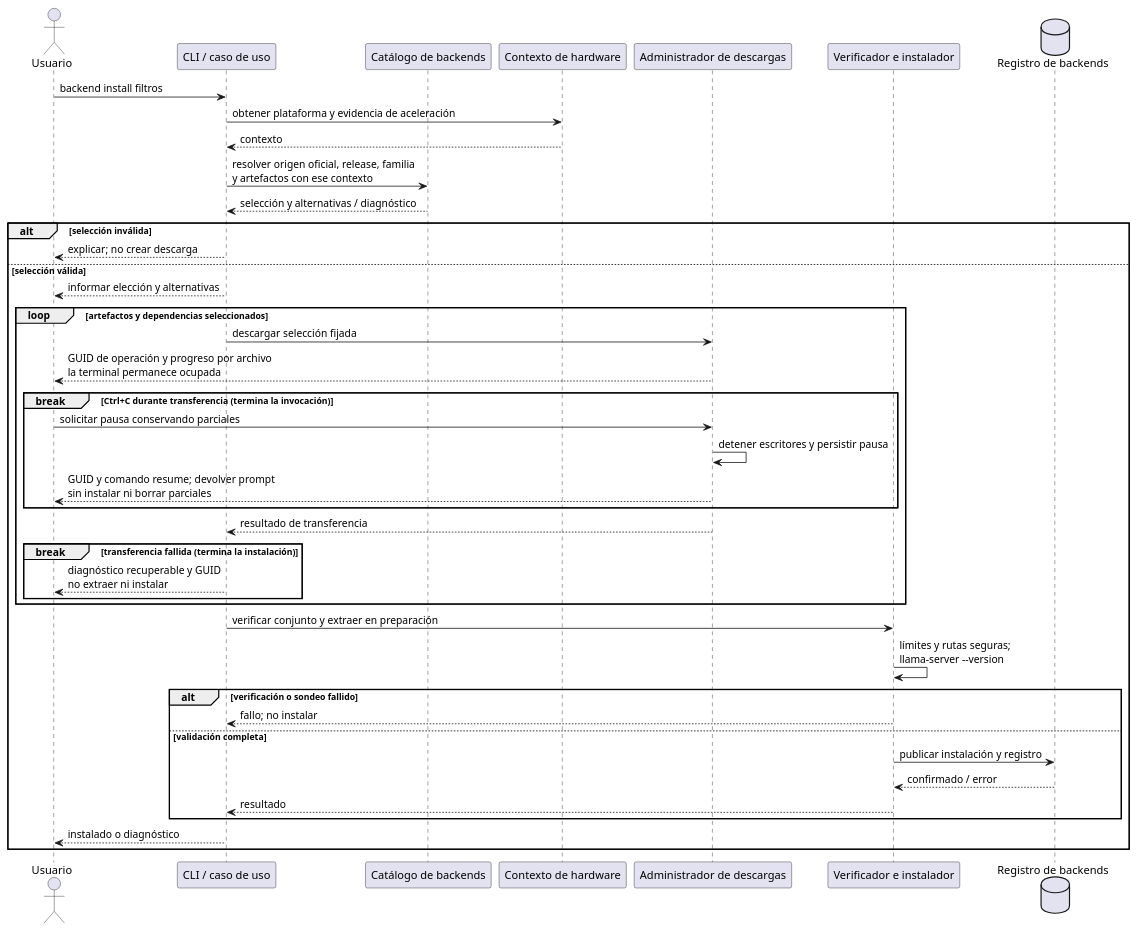
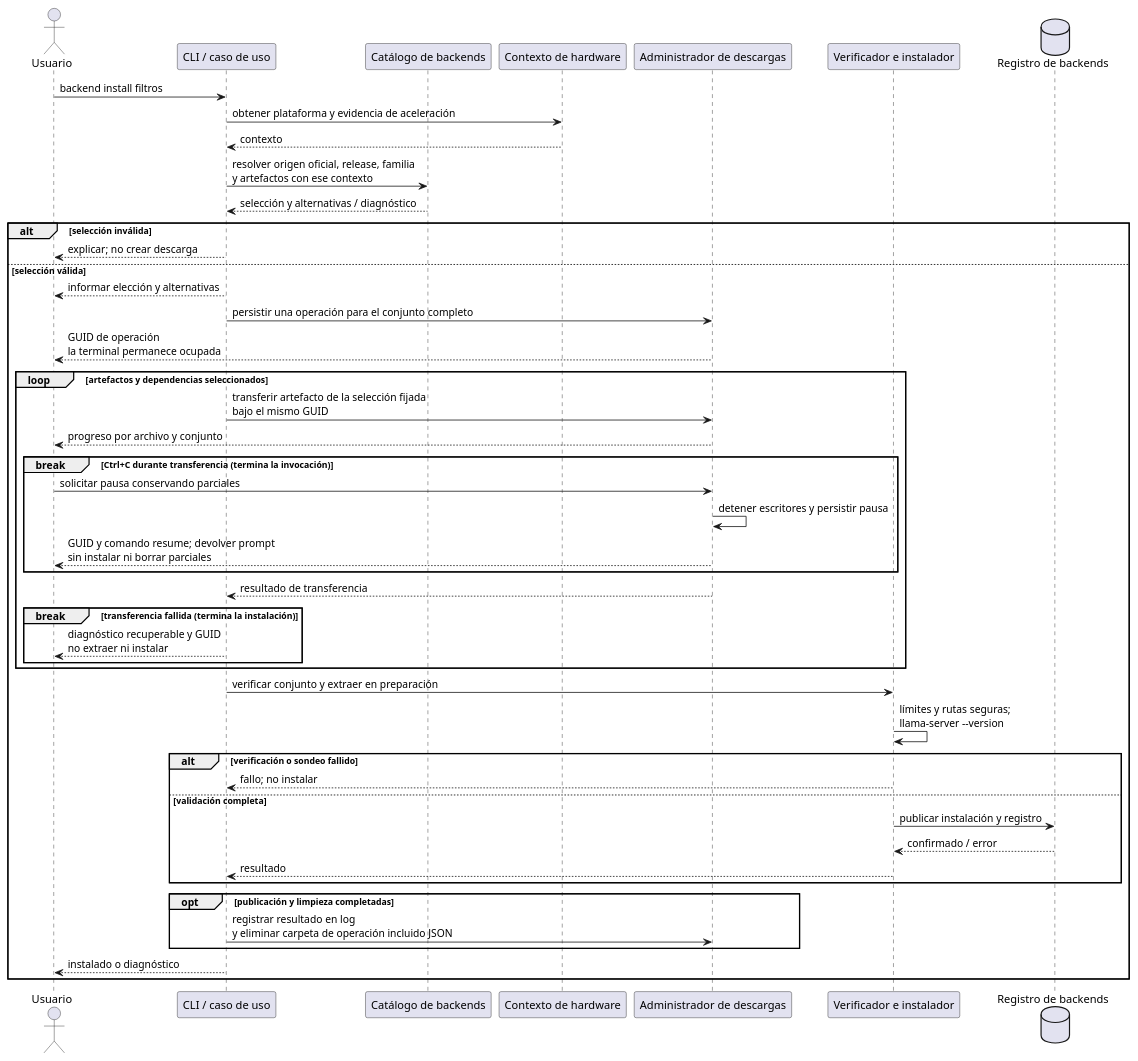
Before and after one commit to mstranich/coquena: the fifth of 7 diagrams in docs/secuencias.md, drawn with PlantUML. The commit also changed other lines of this file and 11 other files, not shown here.

````diff
--- a/docs/secuencias.md
+++ b/docs/secuencias.md
@@ -306,44 +363,49 @@
 ```plantuml
 @startuml
 actor Usuario as U
 participant "CLI / caso de uso" as C
 participant "Catálogo de backends" as B
 participant "Contexto de hardware" as H
 participant "Administrador de descargas" as D
 participant "Verificador e instalador" as V
 database "Registro de backends" as I
 U -> C : backend install filtros
 C -> H : obtener plataforma y evidencia de aceleración
 H --> C : contexto
 C -> B : resolver origen oficial, release, familia\ny artefactos con ese contexto
 B --> C : selección y alternativas / diagnóstico
 alt selección inválida
   C --> U : explicar; no crear descarga
 else selección válida
   C --> U : informar elección y alternativas
+  C -> D : persistir una operación para el conjunto completo
+  D --> U : GUID de operación\nla terminal permanece ocupada
   loop artefactos y dependencias seleccionados
-    C -> D : descargar selección fijada
-    D --> U : GUID de operación y progreso por archivo\nla terminal permanece ocupada
+    C -> D : transferir artefacto de la selección fijada\nbajo el mismo GUID
+    D --> U : progreso por archivo y conjunto
     break Ctrl+C durante transferencia (termina la invocación)
       U -> D : solicitar pausa conservando parciales
       D -> D : detener escritores y persistir pausa
       D --> U : GUID y comando resume; devolver prompt\nsin instalar ni borrar parciales
     end
     D --> C : resultado de transferencia
     break transferencia fallida (termina la instalación)
       C --> U : diagnóstico recuperable y GUID\nno extraer ni instalar
     end
   end
   C -> V : verificar conjunto y extraer en preparación
   V -> V : límites y rutas seguras;\nllama-server --version
   alt verificación o sondeo fallido
     V --> C : fallo; no instalar
   else validación completa
     V -> I : publicar instalación y registro
     I --> V : confirmado / error
     V --> C : resultado
   end
+  opt publicación y limpieza completadas
+    C -> D : registrar resultado en log\ny eliminar carpeta de operación incluido JSON
+  end
   C --> U : instalado o diagnóstico
 end
 @enduml
 ```
````
